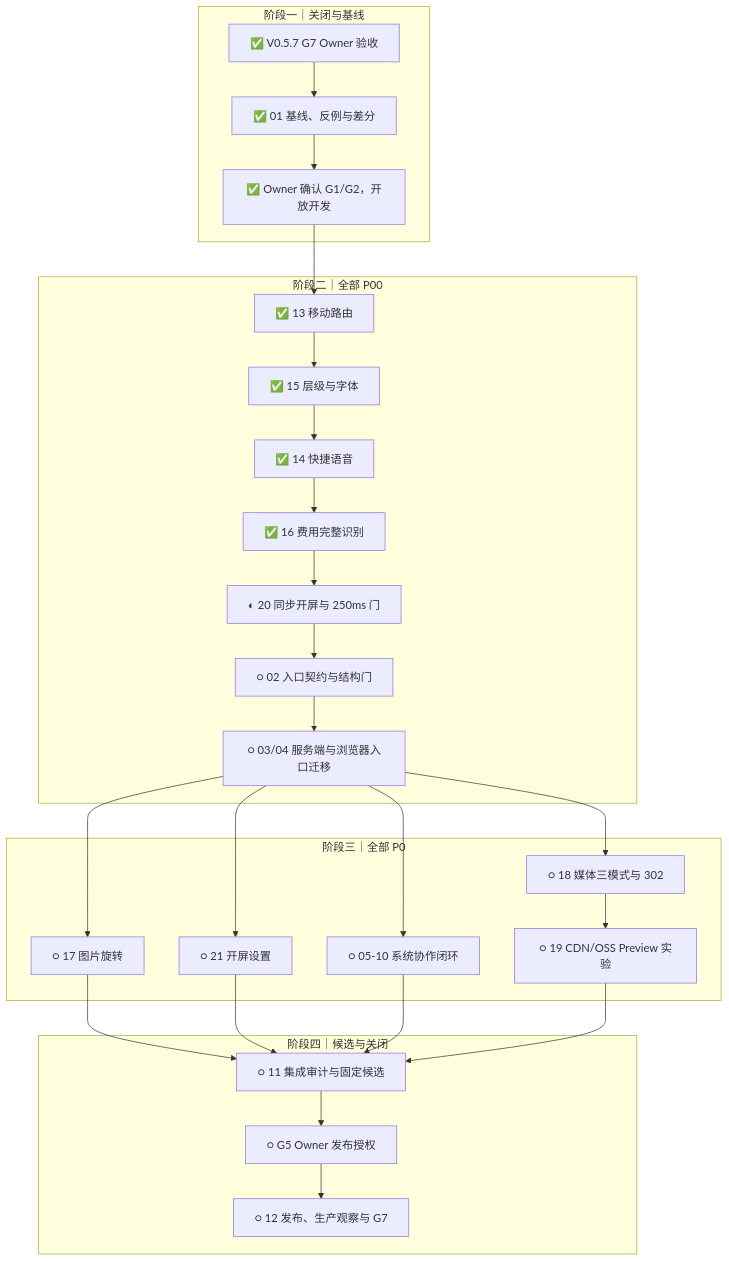
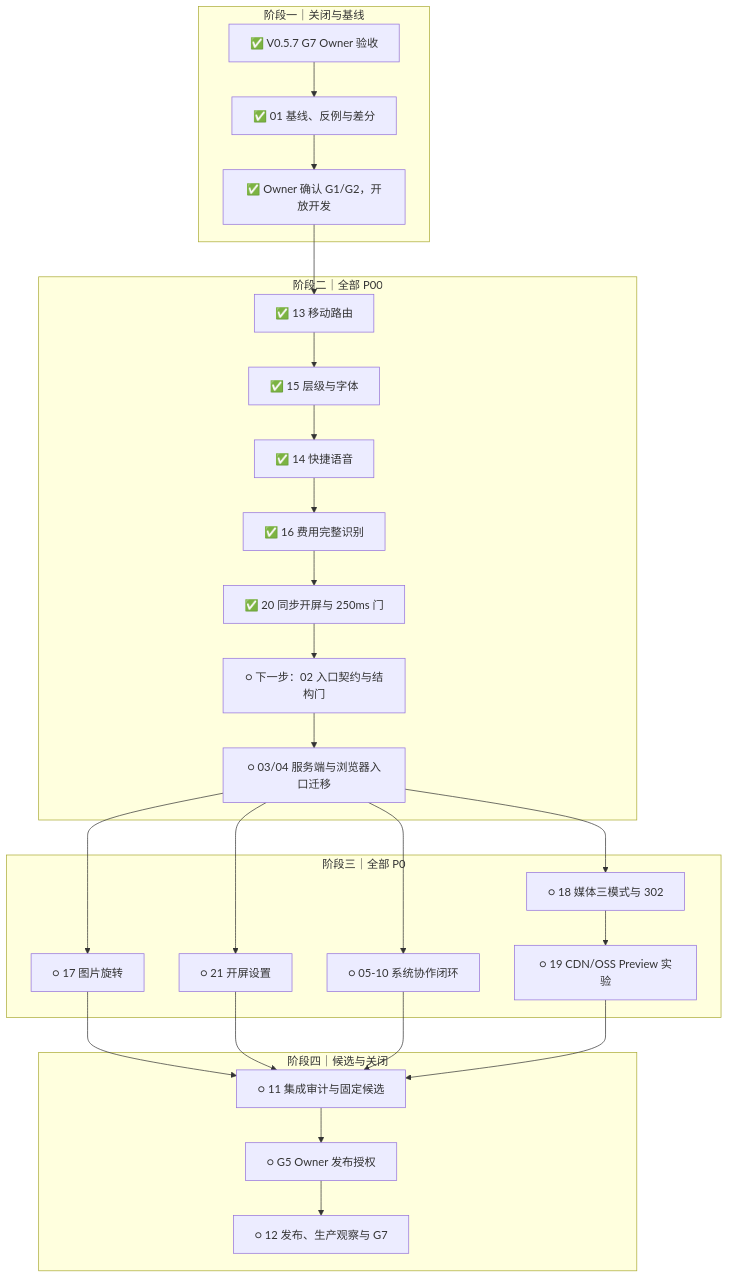
Before and after one commit to 77Liu/for-now: the diagram in reports/iteration-plan-v0.5.8-2026-10-05.md, drawn with Mermaid. The commit also changed other lines of this file and 2 other files, not shown here.

````diff
--- a/reports/iteration-plan-v0.5.8-2026-10-05.md
+++ b/reports/iteration-plan-v0.5.8-2026-10-05.md
@@ -207,31 +207,31 @@
 ```mermaid
 flowchart TD
   subgraph GATE["阶段一｜关闭与基线"]
     A["✅ V0.5.7 G7 Owner 验收"] --> B["✅ 01 基线、反例与差分"]
     B --> C["✅ Owner 确认 G1/G2，开放开发"]
   end
   subgraph P00["阶段二｜全部 P00"]
     C --> D1["✅ 13 移动路由"]
     D1 --> D2["✅ 15 层级与字体"]
     D2 --> E["✅ 14 快捷语音"]
     E --> F["✅ 16 费用完整识别"]
-    F --> G["◐ 20 同步开屏与 250ms 门"]
-    G --> H["○ 02 入口契约与结构门"]
+    F --> G["✅ 20 同步开屏与 250ms 门"]
+    G --> H["○ 下一步：02 入口契约与结构门"]
     H --> I["○ 03/04 服务端与浏览器入口迁移"]
   end
   subgraph P0["阶段三｜全部 P0"]
     I --> J["○ 17 图片旋转"]
     I --> K["○ 18 媒体三模式与 302"]
     I --> L["○ 21 开屏设置"]
     I --> M["○ 05-10 系统协作闭环"]
     K --> N["○ 19 CDN/OSS Preview 实验"]
   end
   subgraph RELEASE["阶段四｜候选与关闭"]
     J --> O["○ 11 集成审计与固定候选"]
     L --> O
     M --> O
     N --> O
     O --> P["○ G5 Owner 发布授权"]
     P --> Q["○ 12 发布、生产观察与 G7"]
   end
 ```
````
